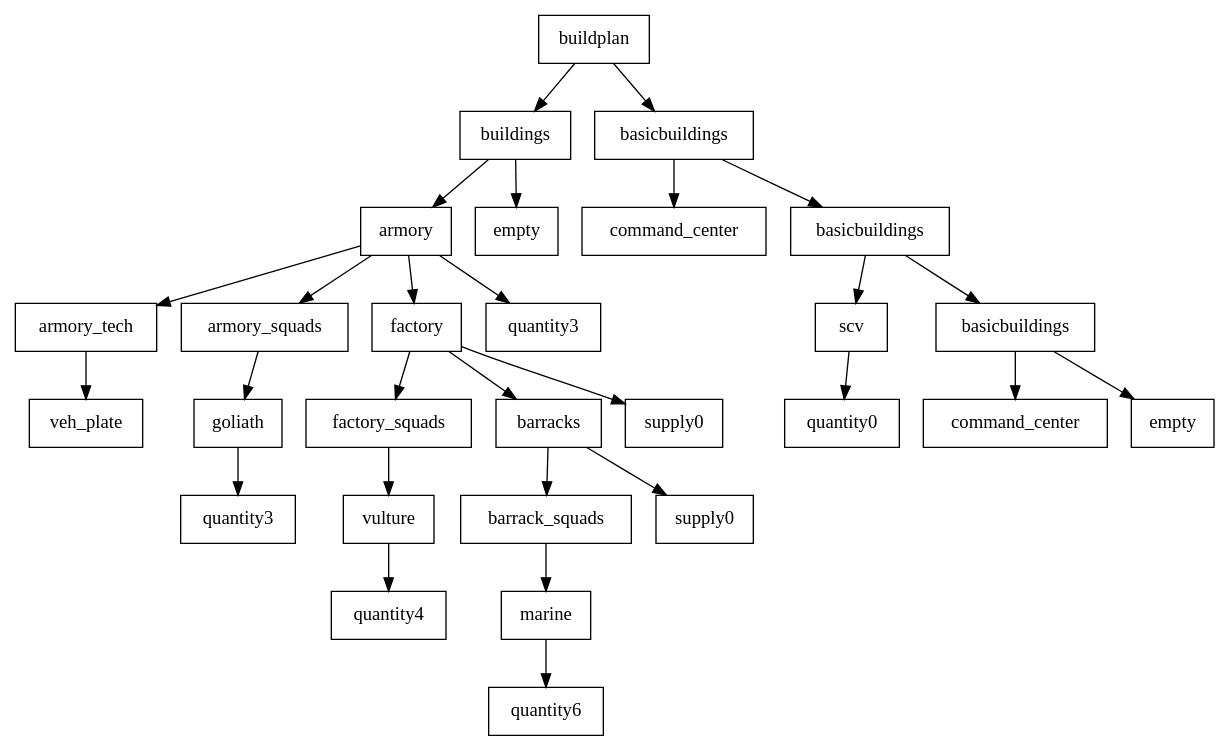
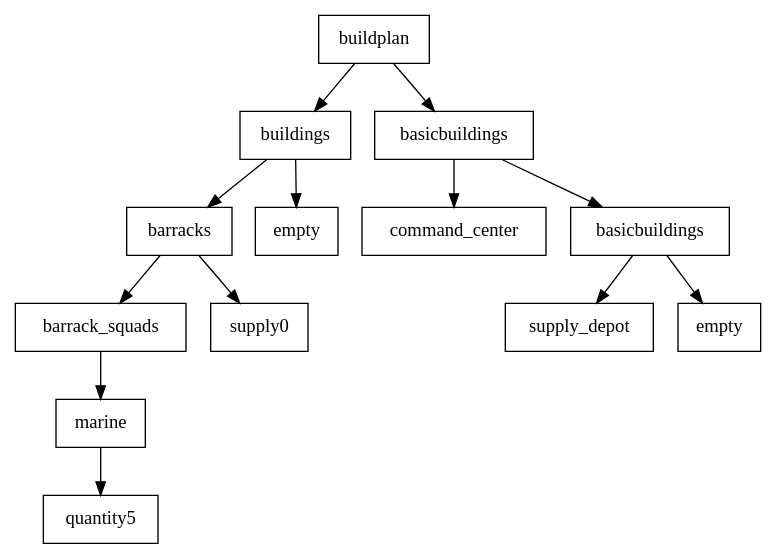
The diagram in GPBot/file.dot (cryogenic-dreams/StarCraft-GPBot), drawn with Graphviz before and after one commit. The commit also changed 4 other files, not shown here.

```diff
--- a/GPBot/file.dot
+++ b/GPBot/file.dot
@@ -1,59 +1,29 @@
 digraph g {
 graph [ordering=out];
 node [shape=rectangle];
 n[label = "buildplan"];
 n0[label = "buildings"];
-n00[label = "armory"];
-n000[label = "armory_tech"];
-n0000[label = "veh_plate"];
+n00[label = "barracks"];
+n000[label = "barrack_squads"];
+n0000[label = "marine"];
+n00000[label = "quantity5"];
+n0000 -> n00000;
 n000 -> n0000;
 n00 -> n000;
-n001[label = "armory_squads"];
-n0010[label = "goliath"];
-n00100[label = "quantity3"];
-n0010 -> n00100;
-n001 -> n0010;
+n001[label = "supply0"];
 n00 -> n001;
-n002[label = "factory"];
-n0020[label = "factory_squads"];
-n00200[label = "vulture"];
-n002000[label = "quantity4"];
-n00200 -> n002000;
-n0020 -> n00200;
-n002 -> n0020;
-n0021[label = "barracks"];
-n00210[label = "barrack_squads"];
-n002100[label = "marine"];
-n0021000[label = "quantity6"];
-n002100 -> n0021000;
-n00210 -> n002100;
-n0021 -> n00210;
-n00211[label = "supply0"];
-n0021 -> n00211;
-n002 -> n0021;
-n0022[label = "supply0"];
-n002 -> n0022;
-n00 -> n002;
-n003[label = "quantity3"];
-n00 -> n003;
 n0 -> n00;
 n01[label = "empty"];
 n0 -> n01;
 n -> n0;
 n1[label = "basicbuildings"];
 n10[label = "command_center"];
 n1 -> n10;
 n11[label = "basicbuildings"];
-n110[label = "scv"];
-n1100[label = "quantity0"];
-n110 -> n1100;
+n110[label = "supply_depot"];
 n11 -> n110;
-n111[label = "basicbuildings"];
-n1110[label = "command_center"];
-n111 -> n1110;
-n1111[label = "empty"];
-n111 -> n1111;
+n111[label = "empty"];
 n11 -> n111;
 n1 -> n11;
 n -> n1;
 }
```
